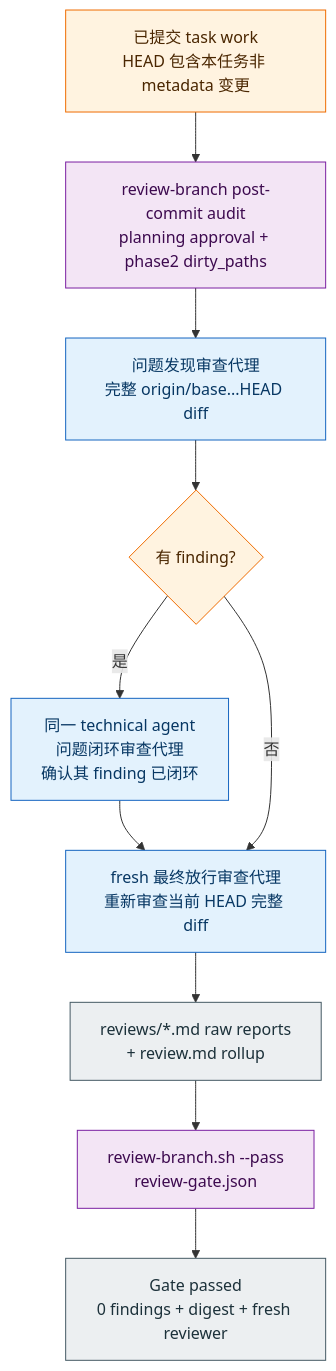
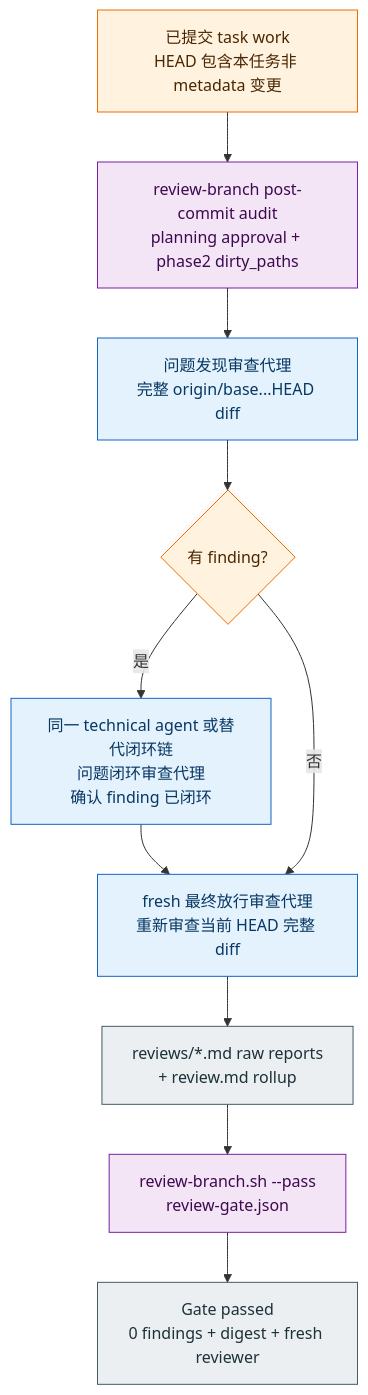
One commit to castbox/guru-trellis changed the fifth of 6 diagrams in docs/requirements/guru-team-trellis-flow.md. Above: the diagram before and after it, drawn with Mermaid. The commit also changed other lines of this file and 17 other files, not shown here.

````diff
--- a/docs/requirements/guru-team-trellis-flow.md
+++ b/docs/requirements/guru-team-trellis-flow.md
@@ -252,22 +252,22 @@
 ```mermaid
 flowchart TD
   Commit["已提交 task work<br/>HEAD 包含本任务非 metadata 变更"]:::guru
   Audit["review-branch post-commit audit<br/>planning approval + phase2 dirty_paths"]:::script
   FindReview["问题发现审查代理<br/>完整 origin/base...HEAD diff"]:::codex
   Findings{"有 finding?"}:::guru
-  Closure["同一 technical agent<br/>问题闭环审查代理<br/>确认其 finding 已闭环"]:::codex
+  Closure["同一 technical agent 或替代闭环链<br/>问题闭环审查代理<br/>确认 finding 已闭环"]:::codex
   Final["fresh 最终放行审查代理<br/>重新审查当前 HEAD 完整 diff"]:::codex
   ReviewMd["reviews/*.md raw reports<br/>+ review.md rollup"]:::artifact
   GateJson["review-branch.sh --pass<br/>review-gate.json"]:::script
   Pass["Gate passed<br/>0 findings + digest + fresh reviewer"]:::artifact
 
   Commit --> Audit --> FindReview --> Findings
   Findings -->|"是"| Closure --> Final
   Findings -->|"否"| Final
   Final --> ReviewMd --> GateJson --> Pass
 
   classDef guru fill:#FFF3E0,stroke:#EF6C00,color:#4A2600;
   classDef codex fill:#E3F2FD,stroke:#1565C0,color:#073763;
   classDef script fill:#F3E5F5,stroke:#7B1FA2,color:#3D0A4F;
   classDef artifact fill:#ECEFF1,stroke:#455A64,color:#1C313A;
 ```
````
